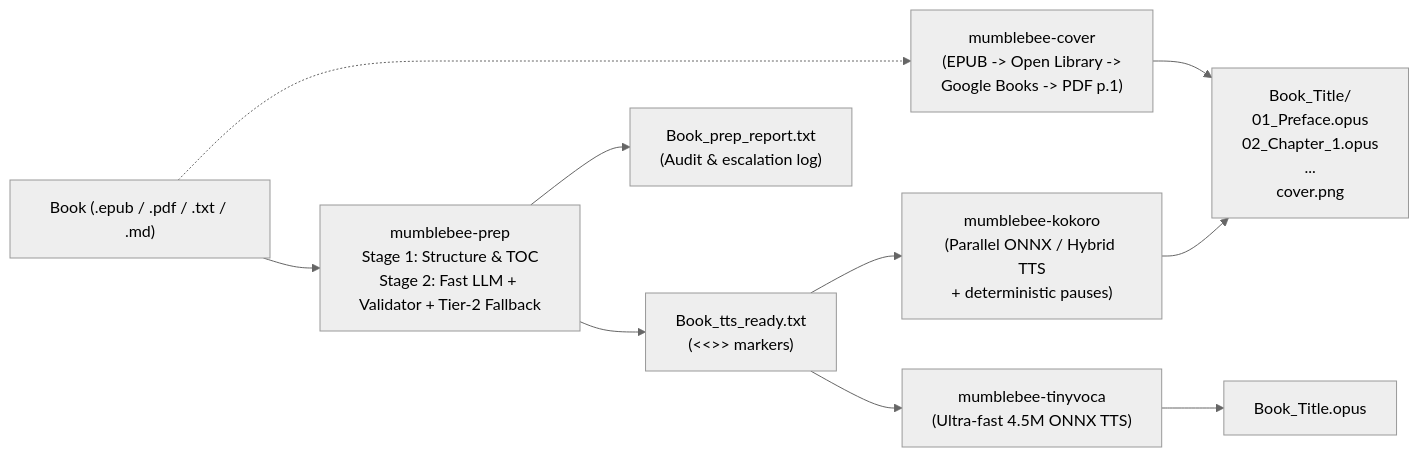
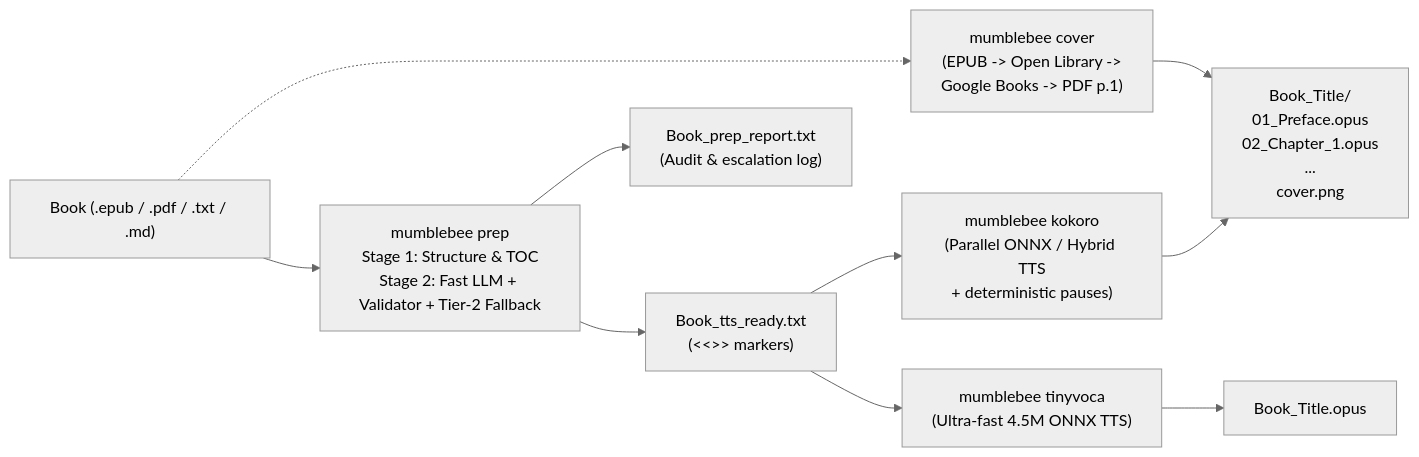
One commit to sergeyplis/mumblebee changed the diagram in README.md. Above: the diagram before and after it, drawn with Mermaid (neutral theme). The commit also changed other lines of this file and 8 other files, not shown here.

Commit message:
Unify CLI under single mumblebee command (default end-to-end + prep/kokoro/tinyvoca/cover)

````diff
--- a/README.md
+++ b/README.md
@@ -47,12 +47,12 @@
 ```mermaid
 flowchart LR
-    SRC["Book (.epub / .pdf / .txt / .md)"] --> PREP["mumblebee-prep\nStage 1: Structure & TOC\nStage 2: Fast LLM + Validator + Tier-2 Fallback"]
+    SRC["Book (.epub / .pdf / .txt / .md)"] --> PREP["mumblebee prep\nStage 1: Structure & TOC\nStage 2: Fast LLM + Validator + Tier-2 Fallback"]
     PREP --> TXT["Book_tts_ready.txt\n(<<<CHAPTER>>> markers)"]
     PREP --> RPT["Book_prep_report.txt\n(Audit & escalation log)"]
-    TXT --> KOKORO["mumblebee-kokoro\n(Parallel ONNX / Hybrid TTS\n+ deterministic pauses)"]
-    TXT --> TV["mumblebee-tinyvoca\n(Ultra-fast 4.5M ONNX TTS)"]
-    SRC -.-> COVER["mumblebee-cover\n(EPUB -> Open Library ->\nGoogle Books -> PDF p.1)"]
+    TXT --> KOKORO["mumblebee kokoro\n(Parallel ONNX / Hybrid TTS\n+ deterministic pauses)"]
+    TXT --> TV["mumblebee tinyvoca\n(Ultra-fast 4.5M ONNX TTS)"]
+    SRC -.-> COVER["mumblebee cover\n(EPUB -> Open Library ->\nGoogle Books -> PDF p.1)"]
     KOKORO --> OUT["Book_Title/\n01_Preface.opus\n02_Chapter_1.opus\n...\ncover.png"]
     COVER --> OUT
     TV --> OUT2["Book_Title.opus"]
 ```
````
